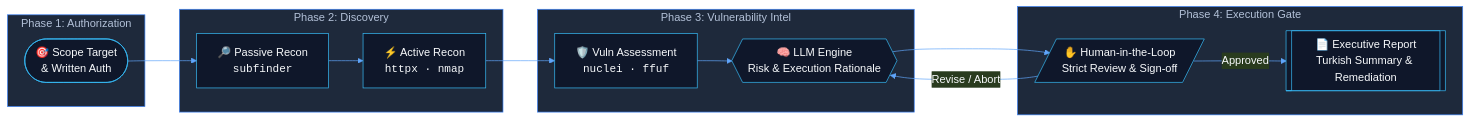
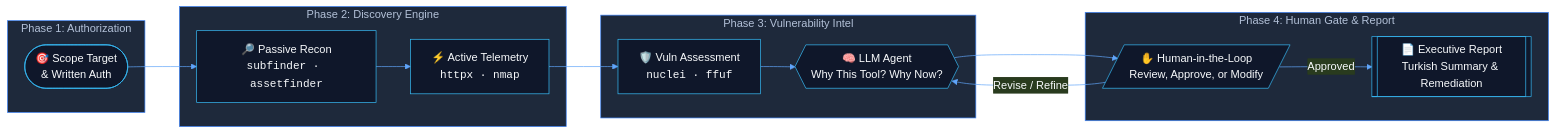
One commit to SuleymanToklu/SuleymanToklu changed the first of 2 diagrams in README.md. Above: the diagram before and after it, drawn with Mermaid. The commit also changed other lines of this file, not shown here.

````diff
--- a/README.md
+++ b/README.md
@@ -132,45 +186,45 @@
 ```mermaid
 %%{init: {
   "theme": "base",
   "themeVariables": {
     "background": "transparent",
     "primaryColor": "#1e293b",
     "primaryTextColor": "#f8fafc",
     "primaryBorderColor": "#38bdf8",
     "lineColor": "#60a5fa",
     "textColor": "#f8fafc",
     "mainBkg": "#0f172a",
     "nodeBorder": "#38bdf8",
     "clusterBkg": "#1e293b",
     "clusterBorder": "#3b82f6",
     "fontFamily": "ui-monospace, SFMono-Regular, Menlo, Monaco, Consolas, monospace"
   }
 }}%%
 flowchart LR
-    subgraph Scope ["Phase 1: Authorization"]
+    subgraph S1 ["Phase 1: Authorization"]
       A(["🎯 Scope Target<br/>& Written Auth"])
     end
 
-    subgraph Recon ["Phase 2: Discovery"]
-      B["🔎 Passive Recon<br/><code>subfinder</code>"]
-      C["⚡ Active Recon<br/><code>httpx · nmap</code>"]
+    subgraph S2 ["Phase 2: Discovery Engine"]
+      B["🔎 Passive Recon<br/><code>subfinder · assetfinder</code>"]
+      C["⚡ Active Telemetry<br/><code>httpx · nmap</code>"]
     end
 
-    subgraph Analysis ["Phase 3: Vulnerability Intel"]
+    subgraph S3 ["Phase 3: Vulnerability Intel"]
       D["🛡️ Vuln Assessment<br/><code>nuclei · ffuf</code>"]
-      P{{"🧠 LLM Engine<br/>Risk & Execution Rationale"}}
+      P{{"🧠 LLM Agent<br/>Why This Tool? Why Now?"}}
     end
 
-    subgraph Control ["Phase 4: Execution Gate"]
-      H[/"✋ Human-in-the-Loop<br/>Strict Review & Sign-off"/]
+    subgraph S4 ["Phase 4: Human Gate & Report"]
+      H[/"✋ Human-in-the-Loop<br/>Review, Approve, or Modify"/]
       R[["📄 Executive Report<br/>Turkish Summary & Remediation"]]
     end
 
     A --> B
     B --> C
     C --> D
     D --> P
     P --> H
     H -->|Approved| R
-    H -->|Revise / Abort| P
+    H -->|Revise / Refine| P
 ```
````
